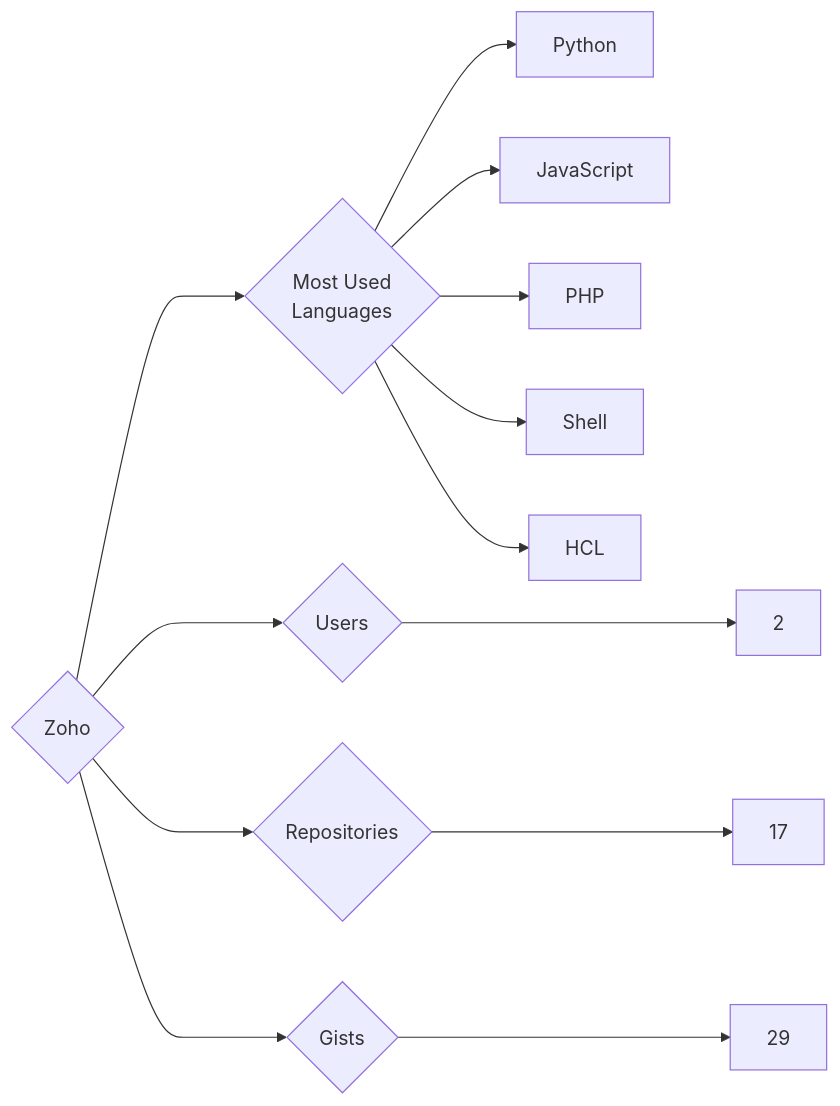
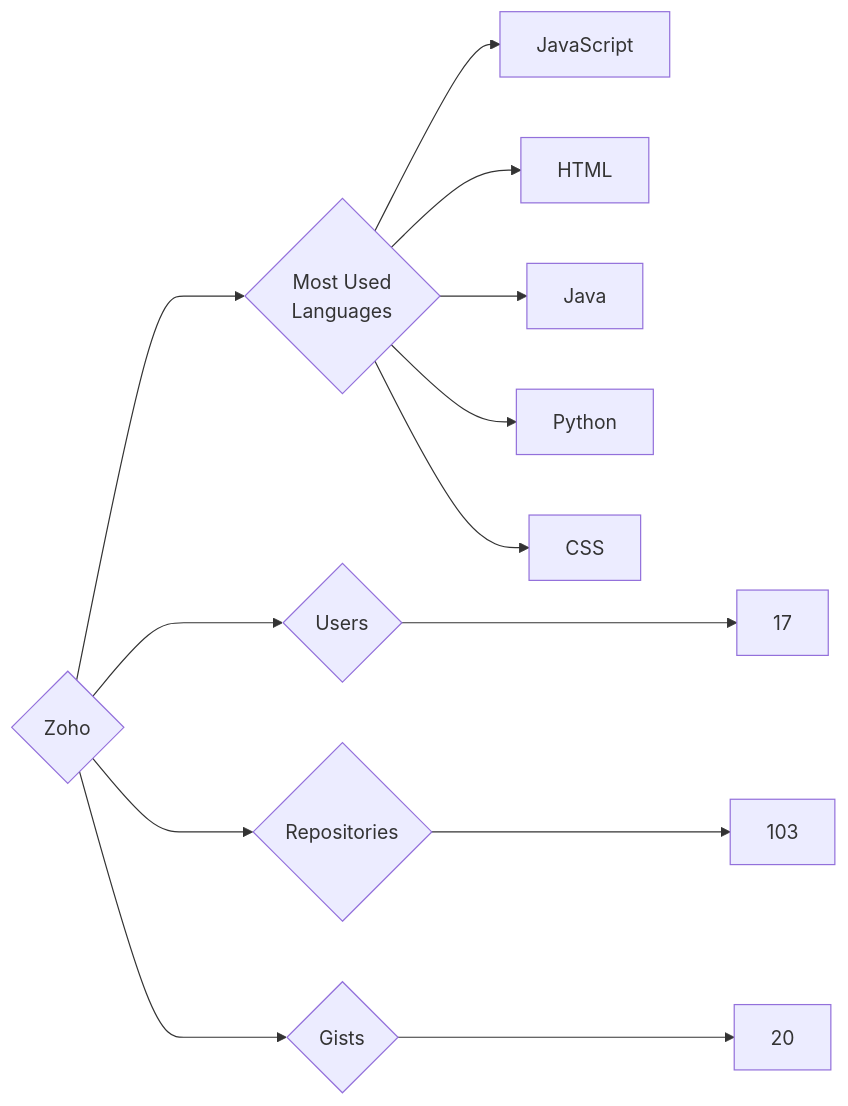
The diagram in targets/Zoho/README.md (trickest/insiders), drawn with Mermaid before and after one commit. The commit also changed 796 other files, not shown here.

````diff
--- a/targets/Zoho/README.md
+++ b/targets/Zoho/README.md
@@ -3,13 +3,13 @@
 ```mermaid
 graph LR
 COMPANY_NAME{Zoho}
-COMPANY_NAME ---> U{Users} ---> UN[2]
-COMPANY_NAME ---> R{Repositories} ---> RN[17]
-COMPANY_NAME ---> G{Gists} ---> GN[29]
+COMPANY_NAME ---> U{Users} ---> UN[17]
+COMPANY_NAME ---> R{Repositories} ---> RN[103]
+COMPANY_NAME ---> G{Gists} ---> GN[20]
 COMPANY_NAME ---> ML{Most Used<br>Languages}
+ML --> JavaScript[JavaScript]
+ML --> HTML[HTML]
+ML --> Java[Java]
 ML --> Python[Python]
-ML --> JavaScript[JavaScript]
-ML --> PHP[PHP]
-ML --> Shell[Shell]
-ML --> HCL[HCL]
+ML --> CSS[CSS]
 ```
````
